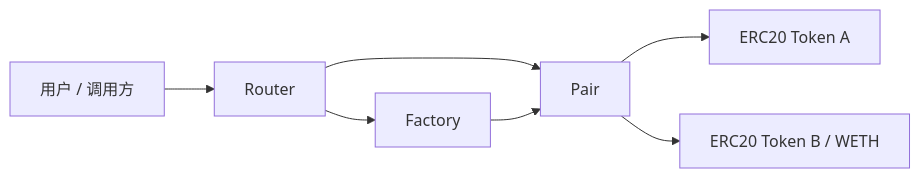
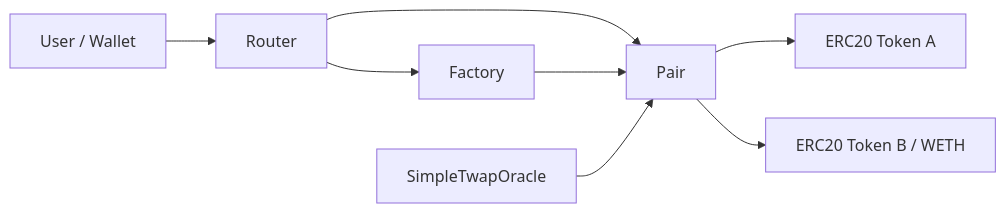
The diagram in README.md (tomenengr/mini-uniswap), drawn with Mermaid before and after one commit. The commit also changed other lines of this file and 4 other files, not shown here.

````diff
--- a/README.md
+++ b/README.md
@@ -29,9 +30,10 @@
 ```mermaid
 flowchart LR
-    User[用户 / 调用方] --> Router[Router]
+    User[User / Wallet] --> Router[Router]
     Router --> Factory[Factory]
     Router --> Pair[Pair]
     Factory --> Pair
     Pair --> TokenA[ERC20 Token A]
     Pair --> TokenB[ERC20 Token B / WETH]
+    Oracle[SimpleTwapOracle] --> Pair
 ```
````
